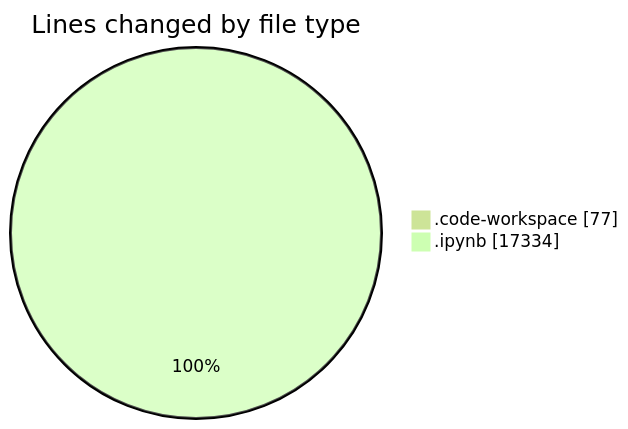
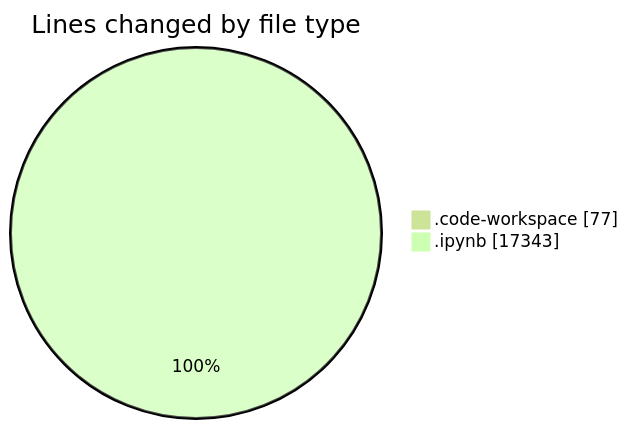
Before and after one commit to MatusMokan/code-tracking: the first of 2 diagrams in 2025-03-14/myws__workspace_/README.md, drawn with Mermaid (forest theme). The commit also changed other lines of this file and 1 other file, not shown here.

````diff
--- a/2025-03-14/myws__workspace_/README.md
+++ b/2025-03-14/myws__workspace_/README.md
@@ -21,6 +21,6 @@
 ```mermaid
 pie showData
 title Lines changed by file type
 ".code-workspace" : 77
-".ipynb" : 17334
+".ipynb" : 17343
 ```
````
